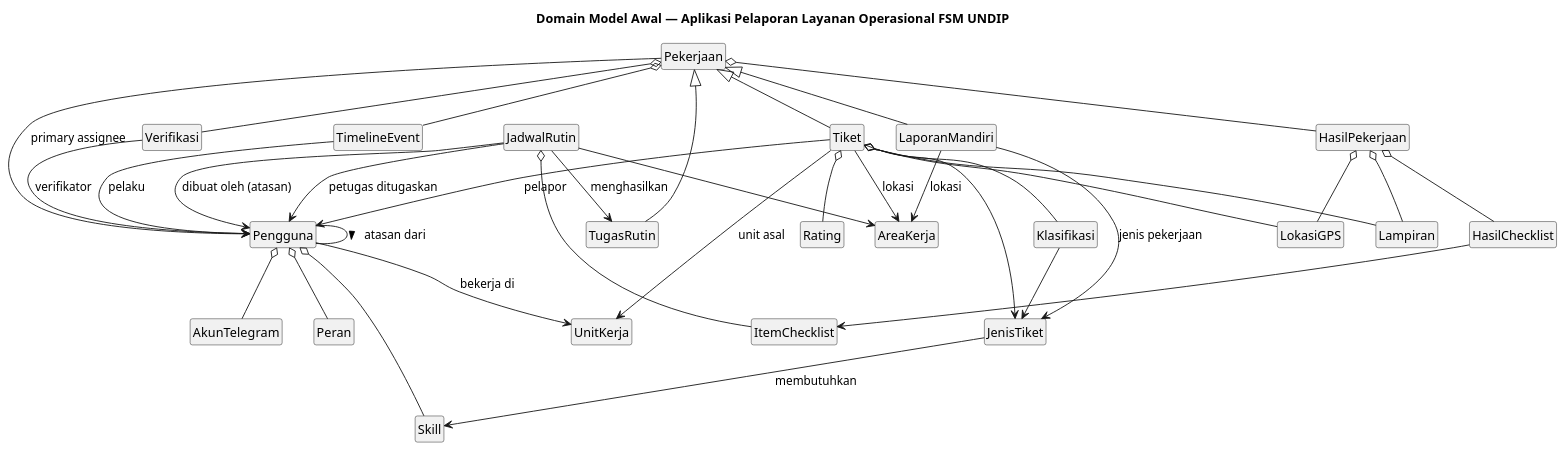
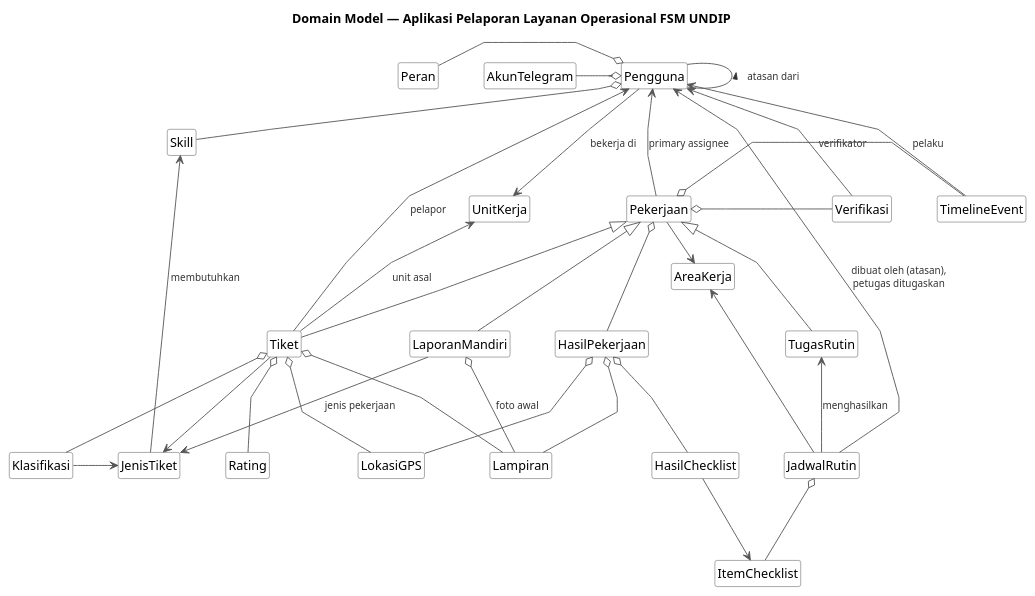
One commit to MohammadIzza/Pelaporan-Layanan-FSM-Iconix-SDD changed the diagram in docs/iconix/domain-model.puml. Above: the diagram before and after it, drawn with PlantUML. The commit also changed other lines of this file and 2 other files, not shown here.

Commit message:
docs(iconix): rapikan tata letak domain model
- Tata letak berlapis: pengguna, pekerjaan, lalu kelas pendukung
- Lokasi digambar sekali lewat Pekerjaan -> AreaKerja
- Tambah relasi foto awal LaporanMandiri ke Lampiran (K-18)
- Garis lebih sedikit, label tidak bertumpuk

```diff
--- a/docs/iconix/domain-model.puml
+++ b/docs/iconix/domain-model.puml
@@ -11,78 +12,67 @@
 @startuml domain-model
-title Domain Model Awal — Aplikasi Pelaporan Layanan Operasional FSM UNDIP
+title Domain Model — Aplikasi Pelaporan Layanan Operasional FSM UNDIP
 hide circle
 hide empty members
 skinparam classAttributeIconSize 0
+skinparam shadowing false
+skinparam linetype polyline
+skinparam nodesep 50
+skinparam ranksep 90
+skinparam defaultFontName Arial
+skinparam class {
+  BackgroundColor #FFFFFF
+  BorderColor #424242
+  FontSize 14
+}
+skinparam ArrowColor #555555
+skinparam ArrowFontSize 11
+skinparam ArrowFontColor #333333
 
-class Pengguna
-class Peran
-class UnitKerja
-class Skill
-class AkunTelegram
+' ===== organisasi dan pengguna (atas) =====
+Pengguna o-left- Peran
+Pengguna o-left- AkunTelegram
+Pengguna --> UnitKerja : bekerja di
+Pengguna o-right- Skill
+Pengguna -up- Pengguna : atasan dari >
 
-class Pekerjaan
-class Tiket
-class LaporanMandiri
-class TugasRutin
-class HasilPekerjaan
-class Verifikasi
-class TimelineEvent
-class Lampiran
-class LokasiGPS
+' ===== pekerjaan (tengah) =====
+Pengguna <-down- Pekerjaan : primary assignee
+Verifikasi -up-> Pengguna : verifikator
+TimelineEvent -up-> Pengguna : pelaku
+Pekerjaan o-right- Verifikasi
+Pekerjaan o-right- TimelineEvent
+Verifikasi -[hidden]right- TimelineEvent
+Pekerjaan o-right- HasilPekerjaan
+Pekerjaan -right-> AreaKerja : lokasi
 
-class JenisTiket
-class Klasifikasi
-class Rating
+Pekerjaan <|-down- Tiket
+Pekerjaan <|-down- LaporanMandiri
+Pekerjaan <|-down- TugasRutin
 
-class JadwalRutin
-class AreaKerja
-class ItemChecklist
-class HasilChecklist
+' ===== permintaan layanan =====
+Tiket -up-> Pengguna : pelapor
+Tiket -up-> UnitKerja : unit asal
+Tiket -down-> JenisTiket
+Tiket o-down- Klasifikasi
+Tiket o-down- Rating
+Tiket o-down- Lampiran
+Tiket o-down- LokasiGPS
+Klasifikasi -right-> JenisTiket
+JenisTiket -up-> Skill : membutuhkan
 
-' --- Organisasi dan pengguna ---
-Pengguna o-- Peran
-Pengguna o-- Skill
-Pengguna o-- AkunTelegram
-Pengguna --> UnitKerja : bekerja di
-Pengguna -- Pengguna : atasan dari >
+' ===== laporan mandiri =====
+LaporanMandiri -down-> JenisTiket : jenis pekerjaan
+LaporanMandiri o-down- Lampiran : foto awal
 
-' --- Generalisasi pekerjaan ---
-Pekerjaan <|-- Tiket
-Pekerjaan <|-- LaporanMandiri
-Pekerjaan <|-- TugasRutin
+' ===== hasil pekerjaan =====
+HasilPekerjaan o-down- Lampiran
+HasilPekerjaan o-down- LokasiGPS
+HasilPekerjaan o-down- HasilChecklist
 
-' --- Bagian bersama setiap pekerjaan ---
-Pekerjaan --> Pengguna : primary assignee
-Pekerjaan o-- HasilPekerjaan
-Pekerjaan o-- Verifikasi
-Pekerjaan o-- TimelineEvent
-Verifikasi --> Pengguna : verifikator
-TimelineEvent --> Pengguna : pelaku
-HasilPekerjaan o-- Lampiran
-HasilPekerjaan o-- LokasiGPS
-
-' --- Permintaan layanan (tiket) ---
-Tiket --> Pengguna : pelapor
-Tiket --> UnitKerja : unit asal
-Tiket --> AreaKerja : lokasi
-Tiket --> JenisTiket
-Tiket o-- Lampiran
-Tiket o-- LokasiGPS
-Tiket o-- Klasifikasi
-Tiket o-- Rating
-Klasifikasi --> JenisTiket
-JenisTiket --> Skill : membutuhkan
-
-' --- Laporan mandiri ---
-LaporanMandiri --> JenisTiket : jenis pekerjaan
-LaporanMandiri --> AreaKerja : lokasi
-
-' --- Tugas rutin ---
-JadwalRutin o-- ItemChecklist
-JadwalRutin --> AreaKerja
-JadwalRutin --> Pengguna : dibuat oleh (atasan)
-JadwalRutin --> Pengguna : petugas ditugaskan
-JadwalRutin --> TugasRutin : menghasilkan
-HasilPekerjaan o-- HasilChecklist
-HasilChecklist --> ItemChecklist
+' ===== tugas rutin =====
+TugasRutin <-down- JadwalRutin : menghasilkan
+JadwalRutin o-down- ItemChecklist
+JadwalRutin -up-> AreaKerja
+JadwalRutin -left-> Pengguna : dibuat oleh (atasan),\npetugas ditugaskan
+HasilChecklist -down-> ItemChecklist
 @enduml
```
